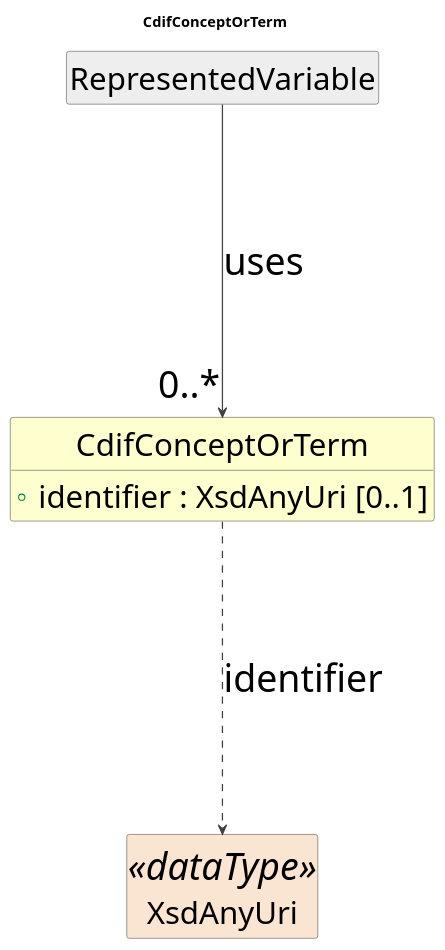
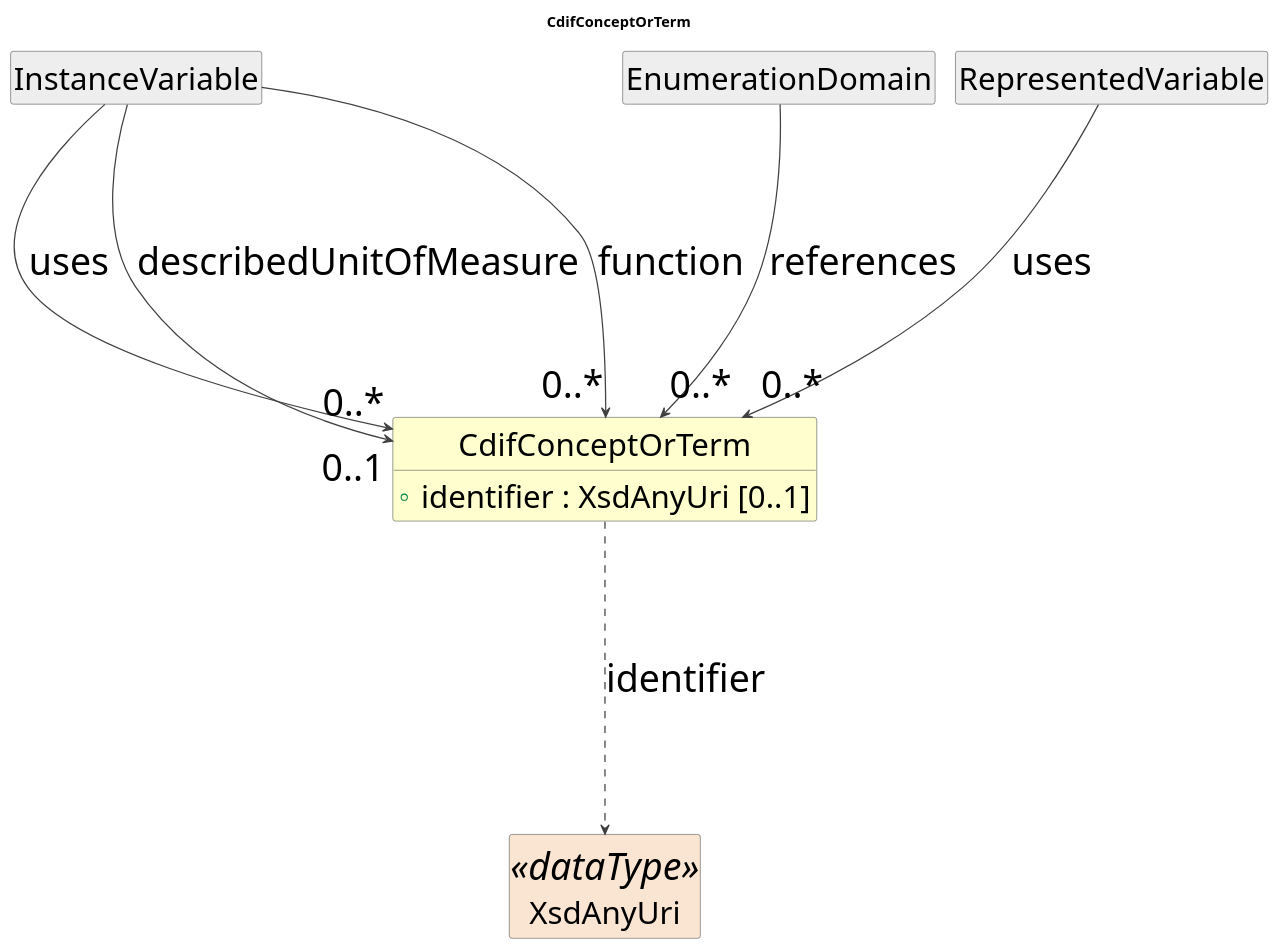
One commit to Cross-Domain-Interoperability-Framework/metadataBuildingBlocks changed the diagram in cdif-uml-model/_plantuml/discoveryDataDescriptionStructure/Classes/CdifConceptOrTerm.pu. Above: the diagram before and after it, drawn with PlantUML. The commit also changed 485 other files, not shown here.

```diff
--- a/cdif-uml-model/_plantuml/discoveryDataDescriptionStructure/Classes/CdifConceptOrTerm.pu
+++ b/cdif-uml-model/_plantuml/discoveryDataDescriptionStructure/Classes/CdifConceptOrTerm.pu
@@ -1,25 +1,31 @@
 @startuml
 title CdifConceptOrTerm
 hide circle
 hide empty members
 skinparam shadowing false
 skinparam ArrowThickness 1.2
 skinparam ranksep 250
 skinparam nodesep 20
 skinparam defaultFontSize 36
 skinparam class {
   ArrowColor #404040
   BorderColor #404040
   FontSize 36
   AttributeFontSize 30
 }
 
 class "CdifConceptOrTerm" as CdifConceptOrTerm #FEFECE {
   +identifier : XsdAnyUri [0..1]
 }
+class "InstanceVariable" as InstanceVariable #EEEEEE
+InstanceVariable --> "0..*" CdifConceptOrTerm : uses
+InstanceVariable --> "0..1" CdifConceptOrTerm : describedUnitOfMeasure
+InstanceVariable --> "0..*" CdifConceptOrTerm : function
+class "EnumerationDomain" as EnumerationDomain #EEEEEE
+EnumerationDomain --> "0..*" CdifConceptOrTerm : references
 class "RepresentedVariable" as RepresentedVariable #EEEEEE
 RepresentedVariable --> "0..*" CdifConceptOrTerm : uses
 class "XsdAnyUri" as XsdAnyUri <<dataType>> #FAE5D3
 CdifConceptOrTerm ..> XsdAnyUri : identifier
 
 @enduml
```
